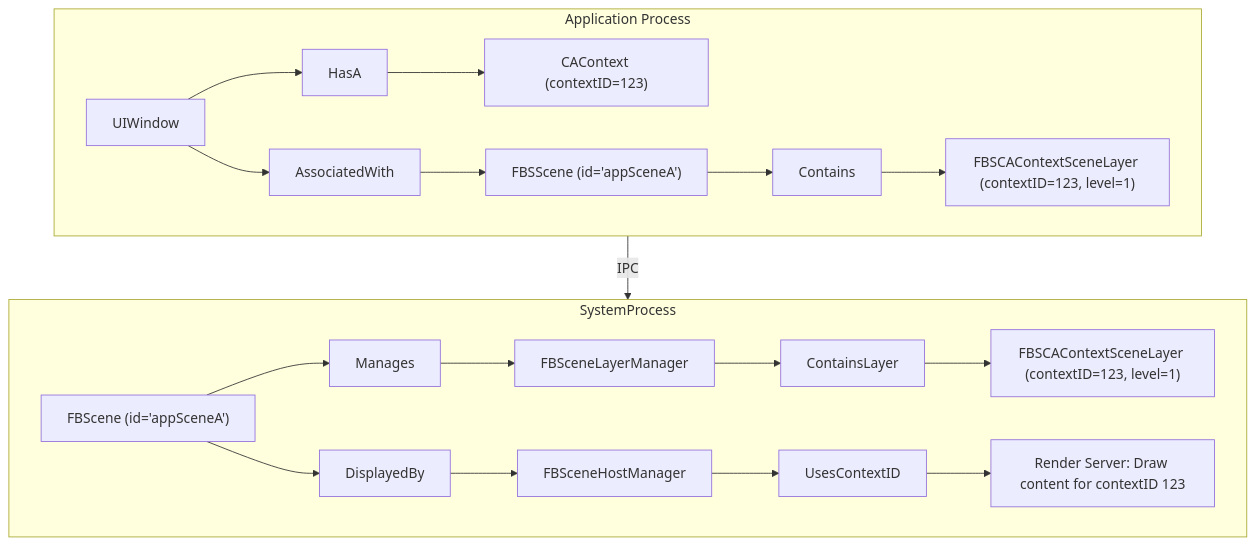
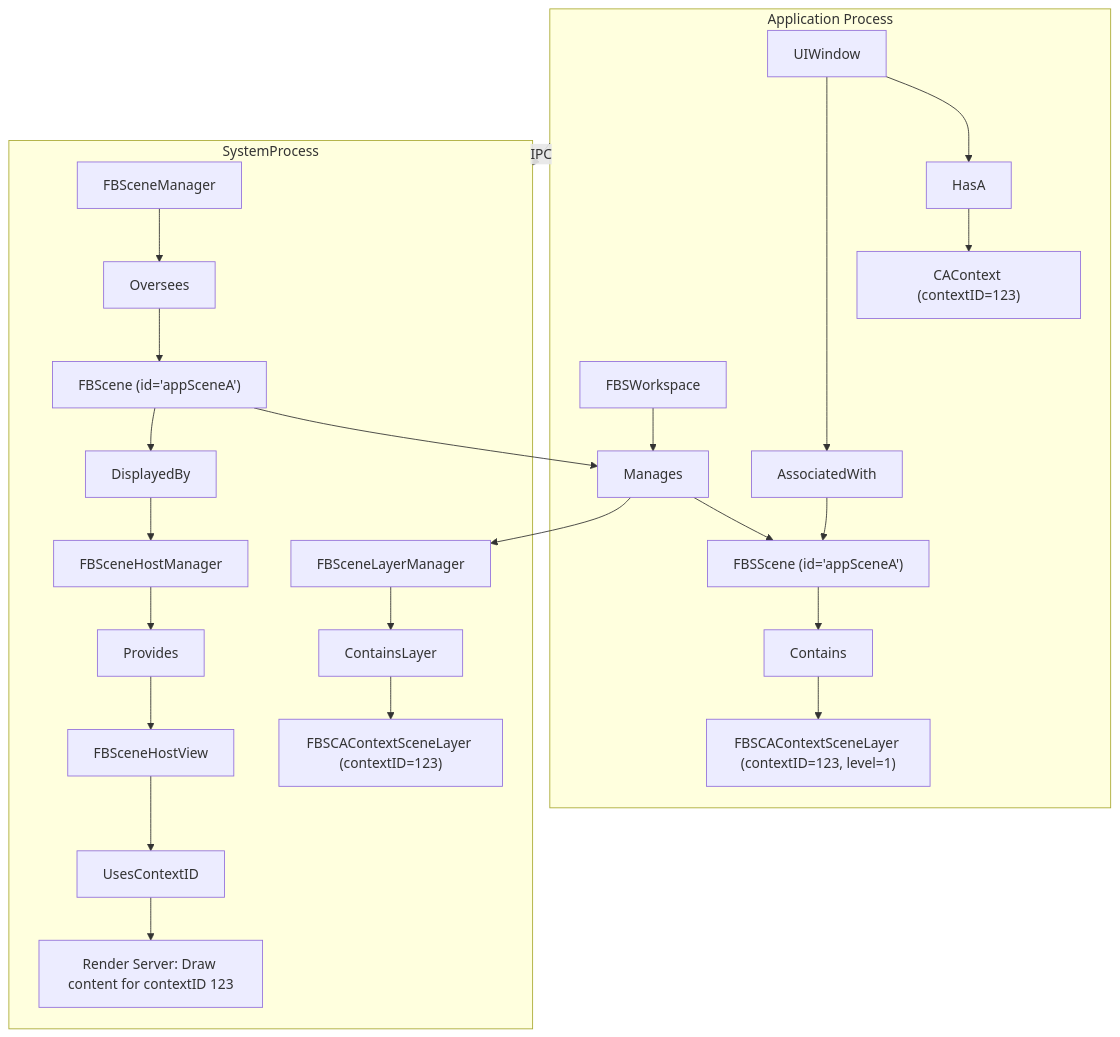
Before and after one commit to EthanArbuckle/ios-rendering-docs: the third of 12 diagrams in README.md, drawn with Mermaid. The commit also changed other lines of this file and 1 other file, not shown here.

````diff
--- a/README.md
+++ b/README.md
@@ -328,17 +273,20 @@
 ```mermaid
 graph TD
     subgraph AppProcess ["Application Process"]
         UIWindow["UIWindow"] --> HasA --> CAContext["CAContext (contextID=123)"]
         UIWindow --> AssociatedWith --> FBSScene["FBSScene (id='appSceneA')"]
         FBSScene --> Contains --> FBSCALayer["FBSCAContextSceneLayer (contextID=123, level=1)"]
+        FBSWorkspace["FBSWorkspace"] --> Manages --> FBSScene
     end
 
     AppProcess -- IPC --> SystemProcess["System Process (FrontBoard)"]
 
     subgraph SystemProcess
-        FBScene["FBScene (id='appSceneA')"] --> Manages --> FBSceneLayerMgr["FBSceneLayerManager"]
-        FBSceneLayerMgr --> ContainsLayer --> FBSCALayer_FB["FBSCAContextSceneLayer (contextID=123, level=1)"]
+        FBSceneManager["FBSceneManager"] --> Oversees --> FBScene["FBScene (id='appSceneA')"]
+        FBScene --> Manages --> FBSceneLayerMgr["FBSceneLayerManager"]
+        FBSceneLayerMgr --> ContainsLayer --> FBSCALayer_FB["FBSCAContextSceneLayer (contextID=123)"]
         FBScene --> DisplayedBy --> FBSceneHostMgr["FBSceneHostManager"]
-        FBSceneHostMgr --> UsesContextID --> RenderServer["Render Server: Draw content for contextID 123"]
+        FBSceneHostMgr --> Provides --> FBSceneHostView["FBSceneHostView"]
+        FBSceneHostView --> UsesContextID --> RenderServer["Render Server: Draw content for contextID 123"]
     end
 ```
````
